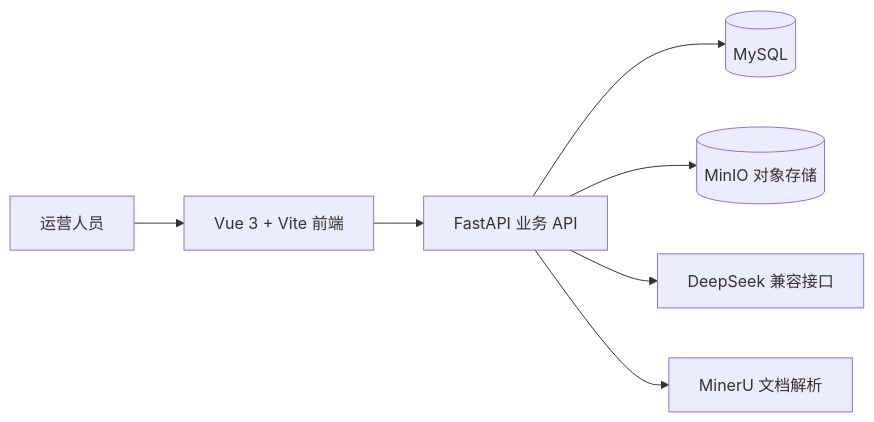
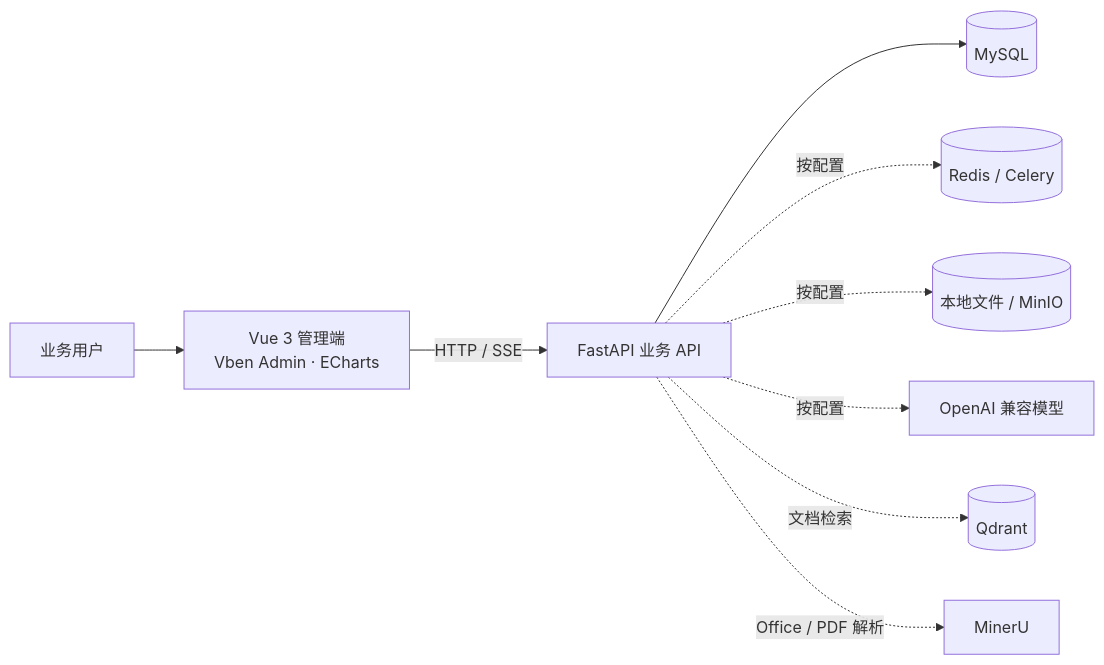
Before and after one commit to jialexiao341-glitch/chemical-ops: the first of 2 diagrams in README.md, drawn with Mermaid. The commit also changed other lines of this file and 11 other files, not shown here.

````diff
--- a/README.md
+++ b/README.md
@@ -7,9 +53,11 @@
 ```mermaid
 flowchart LR
-    U[运营人员] --> FE[Vue 3 + Vite 前端]
-    FE --> API[FastAPI 业务 API]
+    U[业务用户] --> FE[Vue 3 管理端<br/>Vben Admin · ECharts]
+    FE -->|HTTP / SSE| API[FastAPI 业务 API]
     API --> DB[(MySQL)]
-    API --> OBJ[(MinIO 对象存储)]
-    API --> AI[DeepSeek 兼容接口]
-    API --> MU[MinerU 文档解析]
+    API -. 按配置 .-> REDIS[(Redis / Celery)]
+    API -. 按配置 .-> OBJ[(本地文件 / MinIO)]
+    API -. 按配置 .-> LLM[OpenAI 兼容模型]
+    API -. 文档检索 .-> VEC[(Qdrant)]
+    API -. Office / PDF 解析 .-> PARSER[MinerU]
 ```
````
